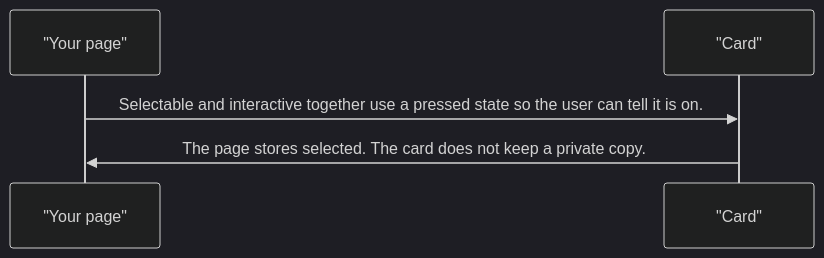
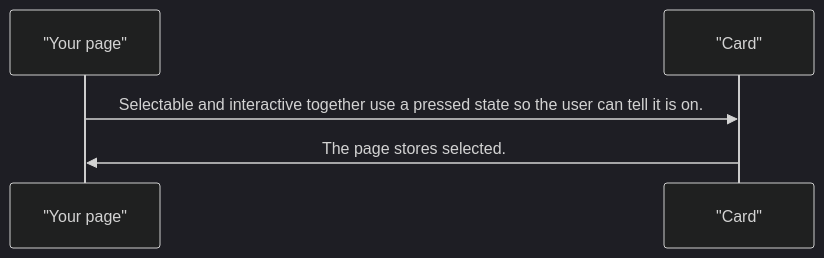
The fourth of 5 diagrams in projects/pixel-ui/src/lib/pixel-card/DESIGN.md (RajshekharBorate/pixel-ui), drawn with Mermaid (dark theme) before and after one commit. The commit also changed other lines of this file and 80 other files, not shown here.

Commit message:
Fill missing design flows and correct the stories that did not match component behavior.

````diff
--- a/projects/pixel-ui/src/lib/pixel-card/DESIGN.md
+++ b/projects/pixel-ui/src/lib/pixel-card/DESIGN.md
@@ -84,7 +84,7 @@
 ```mermaid
 sequenceDiagram
   participant page as "Your page"
   participant card as "Card"
   page->>card: Selectable and interactive together use a pressed state so the user can tell it is on.
-  card->>page: The page stores selected. The card does not keep a private copy.
+  card->>page: The page stores selected.
 ```
````
